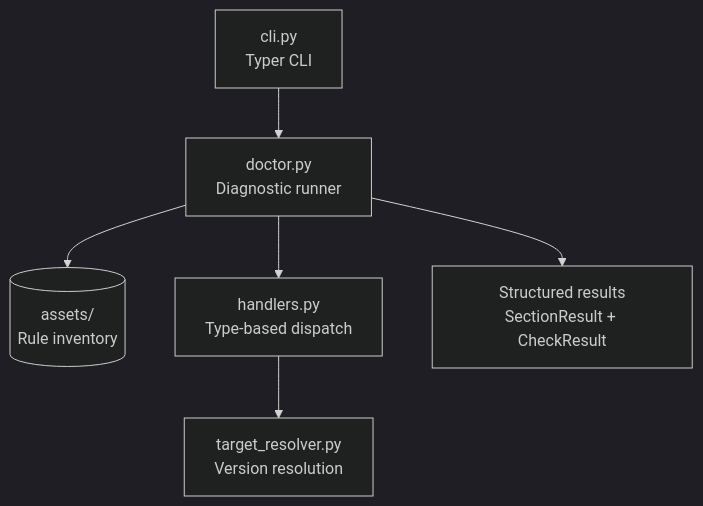
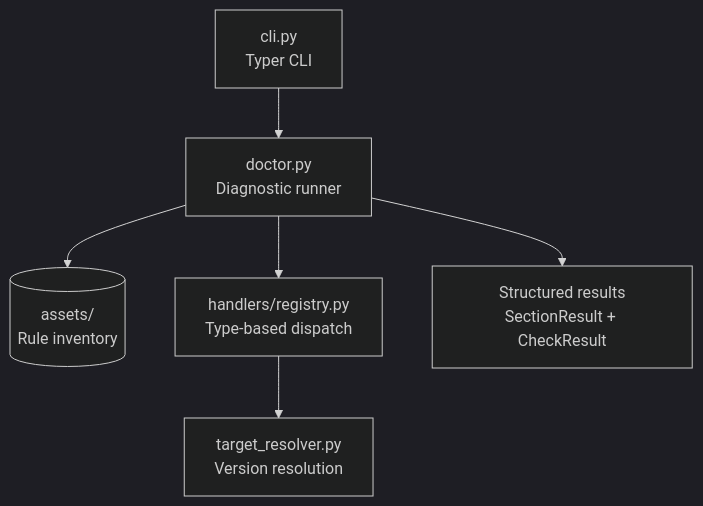
The diagram in DESIGN.md (yeongseon/azure-functions-doctor-for-python), drawn with Mermaid (dark theme) before and after one commit. The commit also changed 6 other files, not shown here.

First line of the commit message:
docs: align JSON contract, architecture, and LLM docs with the shipped code

````diff
--- a/DESIGN.md
+++ b/DESIGN.md
@@ -53,15 +53,15 @@
 ```mermaid
 flowchart TD
     CLI["cli.py<br/>Typer CLI"]
     DOC["doctor.py<br/>Diagnostic runner"]
     RULES[("assets/<br/>Rule inventory")]
-    HDLR["handlers.py<br/>Type-based dispatch"]
+    HDLR["handlers/registry.py<br/>Type-based dispatch"]
     TR["target_resolver.py<br/>Version resolution"]
     RES["Structured results<br/>SectionResult + CheckResult"]
 
     CLI --> DOC
     DOC --> RULES
     DOC --> HDLR
     HDLR --> TR
     DOC --> RES
 ```
````
